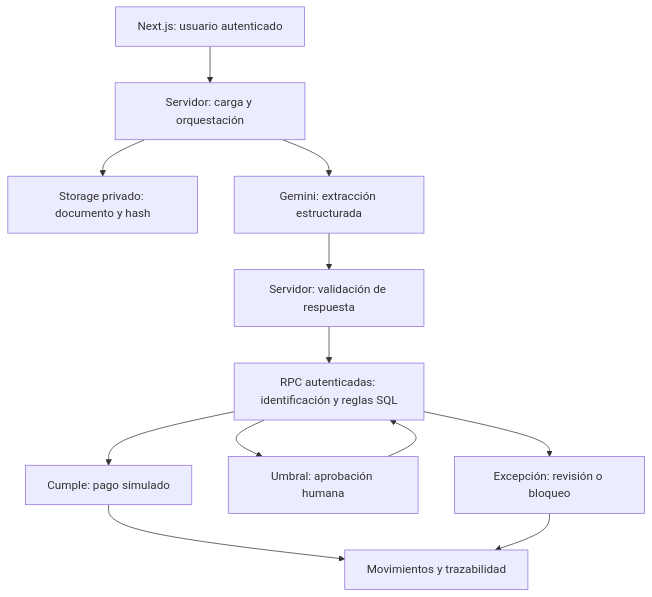
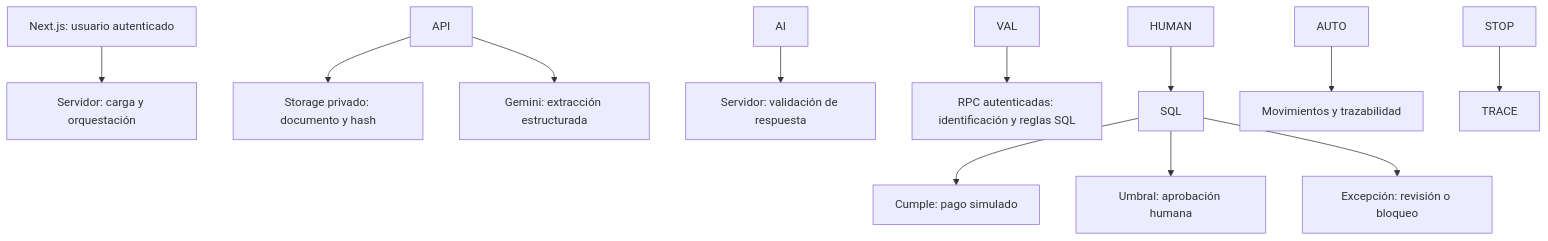
Before and after one commit to str26/blinka-payguard: the diagram in README.md, drawn with Mermaid. The commit also changed other lines of this file, not shown here.

````diff
--- a/README.md
+++ b/README.md
@@ -95,14 +95,14 @@
 ```mermaid
 flowchart TD
-    UI["Next.js: usuario autenticado"] --> API["Servidor: carga y orquestación"]
-    API --> ST["Storage privado: documento y hash"]
-    API --> AI["Gemini: extracción estructurada"]
-    AI --> VAL["Servidor: validación de respuesta"]
-    VAL --> SQL["RPC autenticadas: identificación y reglas SQL"]
-    SQL --> AUTO["Cumple: pago simulado"]
-    SQL --> HUMAN["Umbral: aprobación humana"]
-    SQL --> STOP["Excepción: revisión o bloqueo"]
+    UI\["Next.js: usuario autenticado"] --> API\["Servidor: carga y orquestación"]
+    API --> ST\["Storage privado: documento y hash"]
+    API --> AI\["Gemini: extracción estructurada"]
+    AI --> VAL\["Servidor: validación de respuesta"]
+    VAL --> SQL\["RPC autenticadas: identificación y reglas SQL"]
+    SQL --> AUTO\["Cumple: pago simulado"]
+    SQL --> HUMAN\["Umbral: aprobación humana"]
+    SQL --> STOP\["Excepción: revisión o bloqueo"]
     HUMAN --> SQL
-    AUTO --> TRACE["Movimientos y trazabilidad"]
+    AUTO --> TRACE\["Movimientos y trazabilidad"]
     STOP --> TRACE
 ```
````
